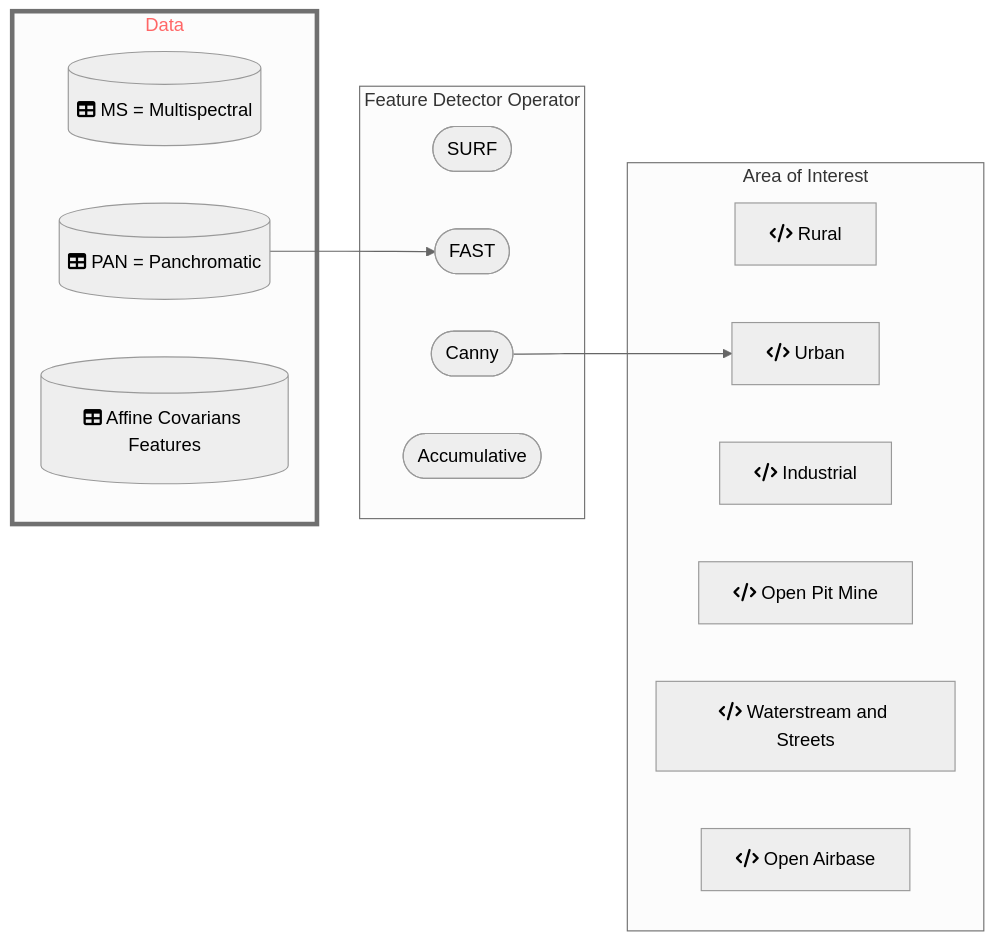
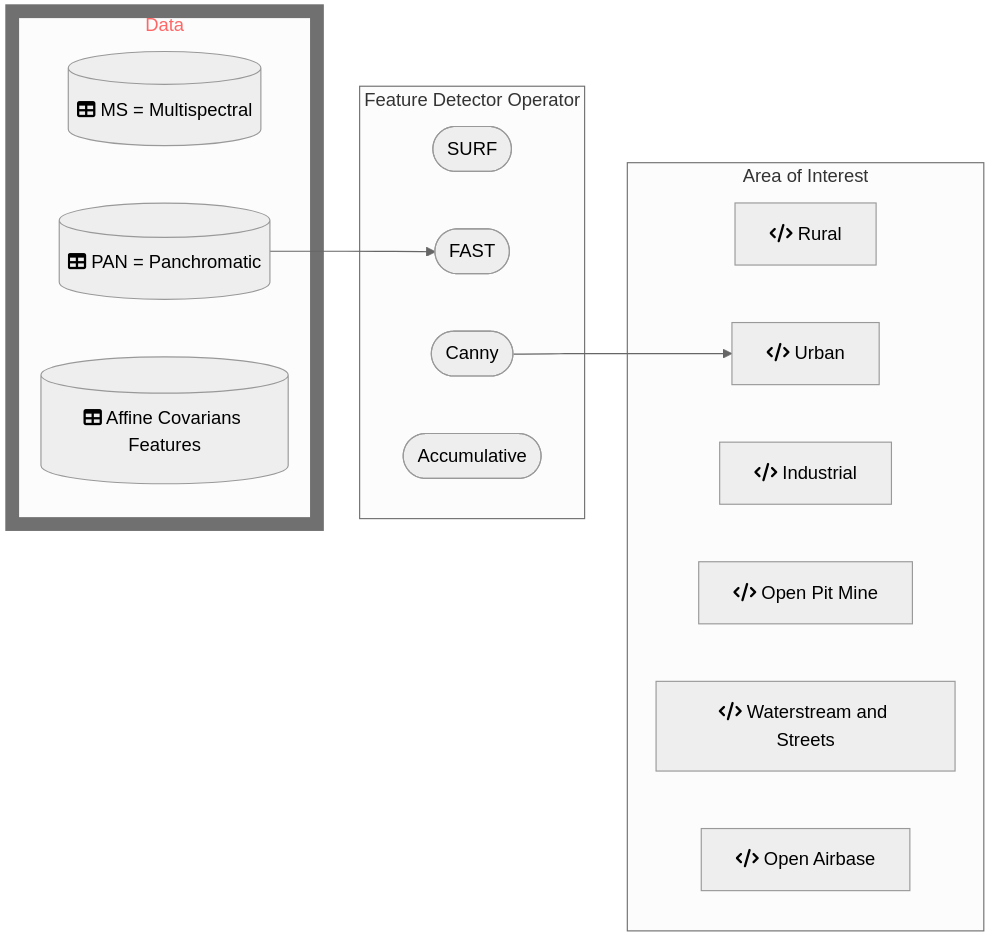
Before and after one commit to DippoldEJ/Feature-Detection-and-Explanation: the diagram in Application/README.md, drawn with Mermaid (neutral theme).

````diff
--- a/Application/README.md
+++ b/Application/README.md
@@ -13,32 +13,32 @@
 ```mermaid
 flowchart LR;
 
  subgraph n[Data]
         g[(fa:fa-table MS = Multispectral)]
         h[(fa:fa-table PAN = Panchromatic)]
         i[(fa:fa-table Affine Covarians Features)]
     end
 
  subgraph o[Feature Detector Operator]
         j([SURF])
         k([FAST])
         l([Canny])
         m([Accumulative])
     end
 
 subgraph p[Area of Interest]
     a[fa:fa-code Rural]
     b[fa:fa-code Urban]
     c[fa:fa-code Industrial]
     d[fa:fa-code Open Pit Mine]
     e[fa:fa-code Waterstream and Streets]
     f[fa:fa-code Open Airbase]
     end
 
 style n color:#f66
-style n stroke-width:4px
+style n stroke-width:12px
 
 h-->k
 l-->b
 
 ```
````
